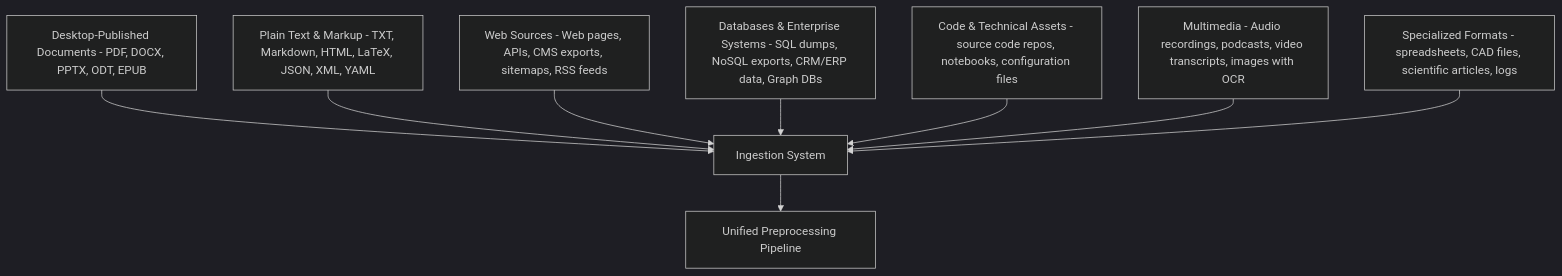
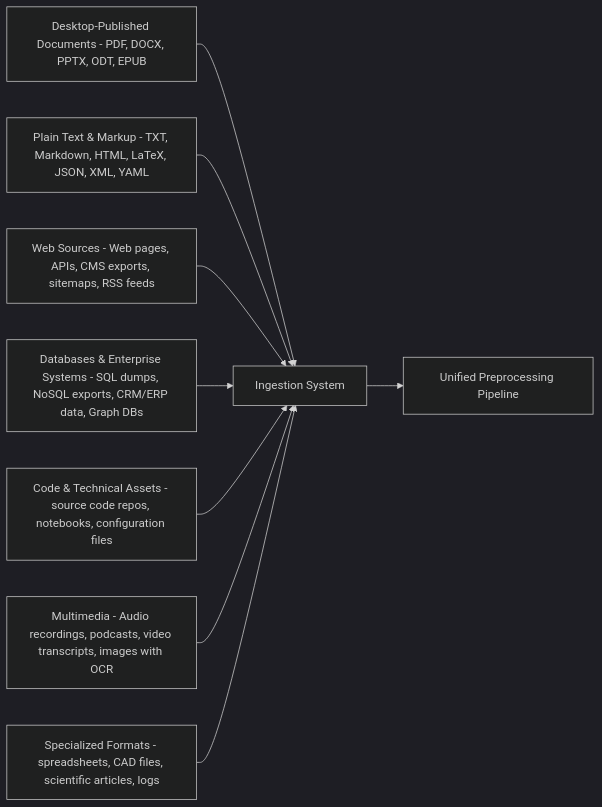
Before and after one commit to itk-ai/ai-usecases: the first of 4 diagrams in rag/index.md, drawn with Mermaid (dark theme).

Commit message:
debug mermaid formatting 2

````diff
--- a/rag/index.md
+++ b/rag/index.md
@@ -16,11 +16,11 @@
 ```mermaid
-flowchart TB;
+flowchart LR;
   A[Desktop-Published Documents - PDF, DOCX, PPTX, ODT, EPUB] --> Ingest[Ingestion System];
   B[Plain Text & Markup - TXT, Markdown, HTML, LaTeX, JSON, XML, YAML] --> Ingest;
   C[Web Sources - Web pages, APIs, CMS exports, sitemaps, RSS feeds] --> Ingest;
   D[Databases & Enterprise Systems - SQL dumps, NoSQL exports, CRM/ERP data, Graph DBs] --> Ingest;
   E[Code & Technical Assets - source code repos, notebooks, configuration files] --> Ingest;
   F[Multimedia - Audio recordings, podcasts, video transcripts, images with OCR] --> Ingest;
   G[Specialized Formats - spreadsheets, CAD files, scientific articles, logs] --> Ingest;
   Ingest --> Unified[Unified Preprocessing Pipeline];
 ```
````
